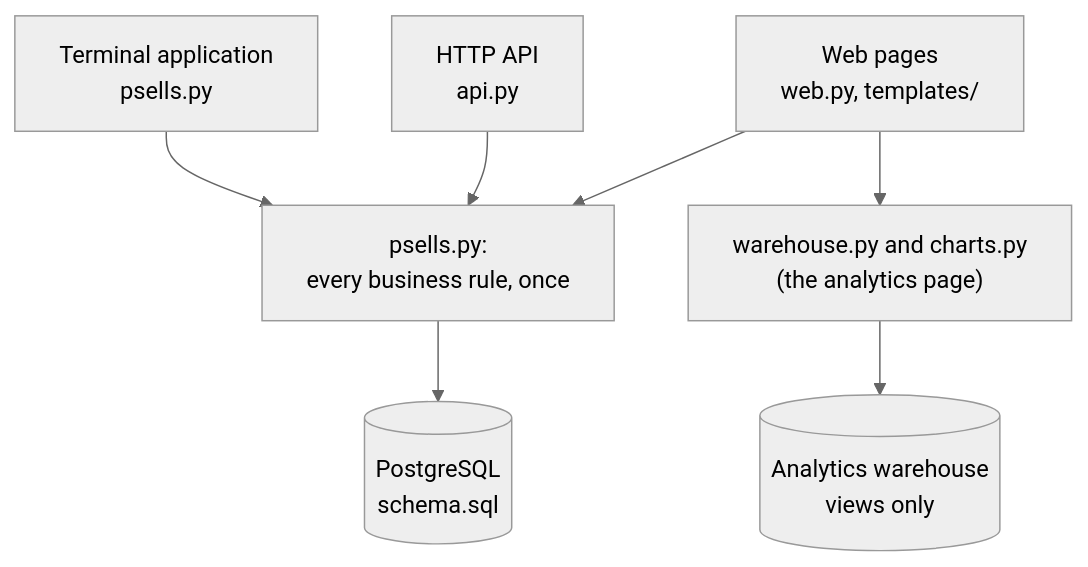
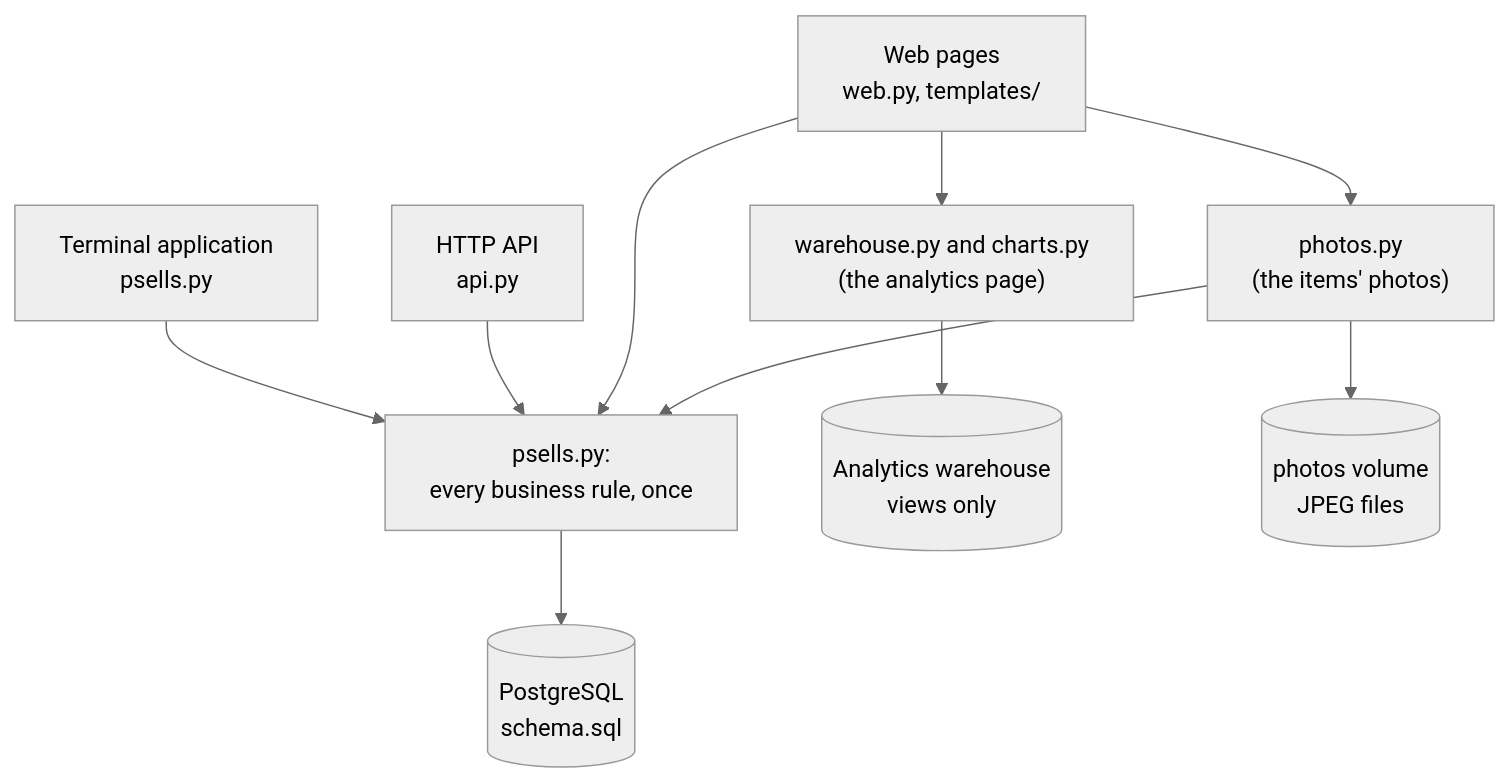
The second of 8 diagrams in ARCHITECTURE.md (pierremakhlouta/psells), drawn with Mermaid (neutral theme) before and after one commit. The commit also changed 28 other files, not shown here.

````diff
--- a/ARCHITECTURE.md
+++ b/ARCHITECTURE.md
@@ -63,9 +63,12 @@
 ```mermaid
 flowchart TB
     cli["Terminal application<br/>psells.py"] --> core
     api["HTTP API<br/>api.py"] --> core
     web["Web pages<br/>web.py, templates/"] --> core
     core["psells.py:<br/>every business rule, once"] --> db[("PostgreSQL<br/>schema.sql")]
     web --> wh["warehouse.py and charts.py<br/>(the analytics page)"]
     wh --> dw[("Analytics warehouse<br/>views only")]
+    web --> ph["photos.py<br/>(the items' photos)"]
+    ph --> core
+    ph --> vol[("photos volume<br/>JPEG files")]
 ```
````
